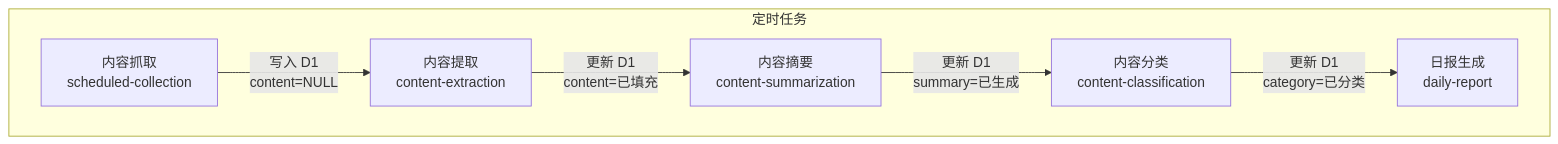
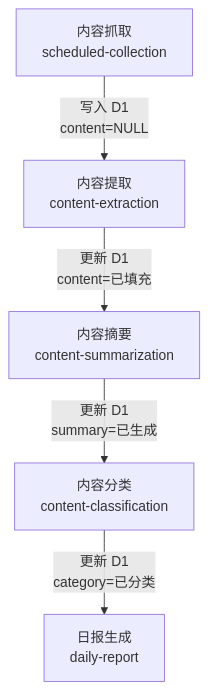
One commit to xxl115/ai-daily-collector changed the third of 3 diagrams in docs/CONTENT_PIPELINE_FLOW.md. Above: the diagram before and after it, drawn with Mermaid. The commit also changed other lines of this file, not shown here.

Commit message:
docs: update content pipeline flow documentation

````diff
--- a/docs/CONTENT_PIPELINE_FLOW.md
+++ b/docs/CONTENT_PIPELINE_FLOW.md
@@ -82,15 +81,13 @@
 ```mermaid
 flowchart TB
-    subgraph Schedule["定时任务"]
-        S1["内容抓取<br/>scheduled-collection"]
-        S2["内容提取<br/>content-extraction"]
-        S3["内容摘要<br/>content-summarization"]
-        S4["内容分类<br/>content-classification"]
-        S5["日报生成<br/>daily-report"]
-    end
+    S1["内容抓取<br/>scheduled-collection"]
+    S2["内容提取<br/>content-extraction"]
+    S3["内容摘要<br/>content-summarization"]
+    S4["内容分类<br/>content-classification"]
+    S5["日报生成<br/>daily-report"]
 
     S1 -->|"写入 D1<br/>content=NULL"| S2
     S2 -->|"更新 D1<br/>content=已填充"| S3
     S3 -->|"更新 D1<br/>summary=已生成"| S4
     S4 -->|"更新 D1<br/>category=已分类"| S5
 ```
````
